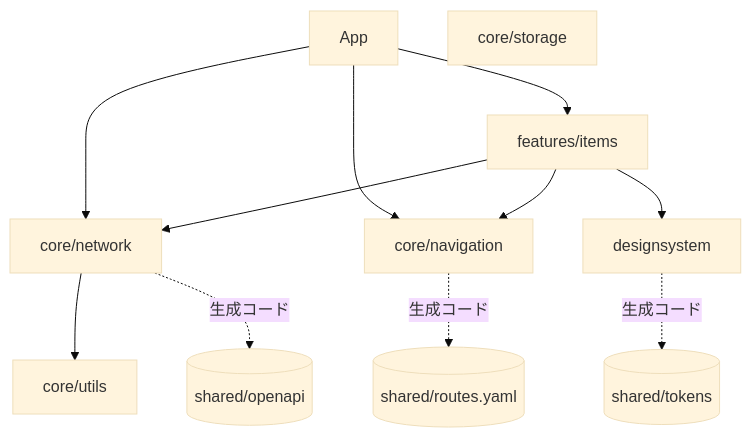
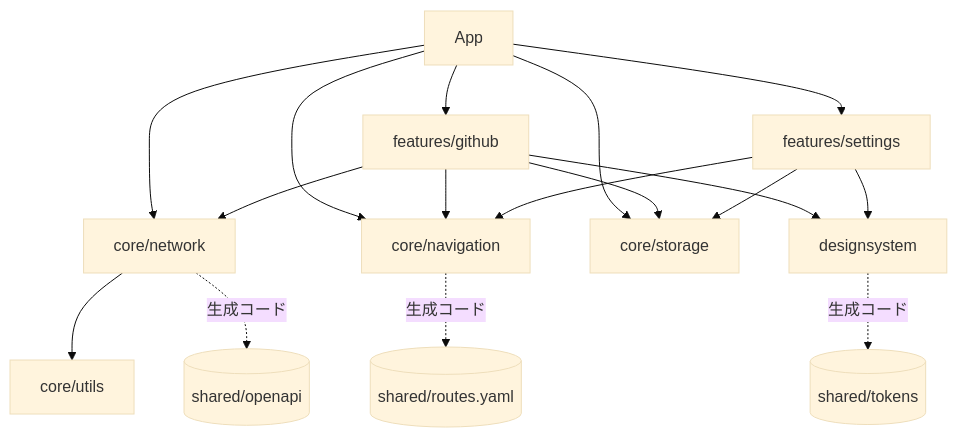
Before and after one commit to imk1t/native-sync-template: the second of 2 diagrams in README.md, drawn with Mermaid (base theme). The commit also changed other lines of this file and 200 other files, not shown here.

````diff
--- a/README.md
+++ b/README.md
@@ -142,14 +143,19 @@
 ```mermaid
 flowchart TD
-    app["App"] --> items["features/items"]
+    app["App"] --> github["features/github"]
+    app --> settings["features/settings"]
     app --> network["core/network"]
     app --> navigation["core/navigation"]
-    items --> network
-    items --> navigation
-    items --> designsystem
+    app --> storage["core/storage"]
+    github --> network
+    github --> navigation
+    github --> storage
+    github --> designsystem
+    settings --> storage
+    settings --> navigation
+    settings --> designsystem
     network --> utils["core/utils"]
     network -.->|生成コード| openapi[("shared/openapi")]
     navigation -.->|生成コード| routes[("shared/routes.yaml")]
     designsystem -.->|生成コード| tokens[("shared/tokens")]
-    storage["core/storage"]
 ```
````
